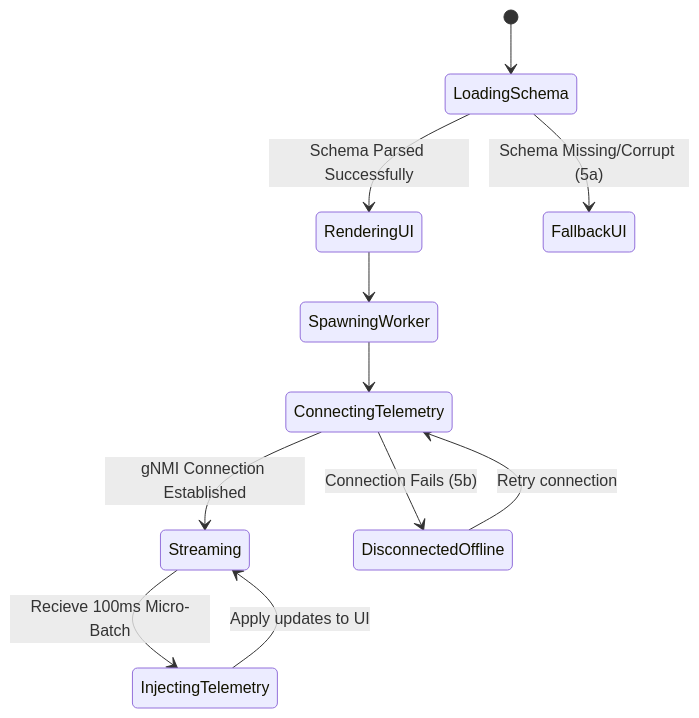
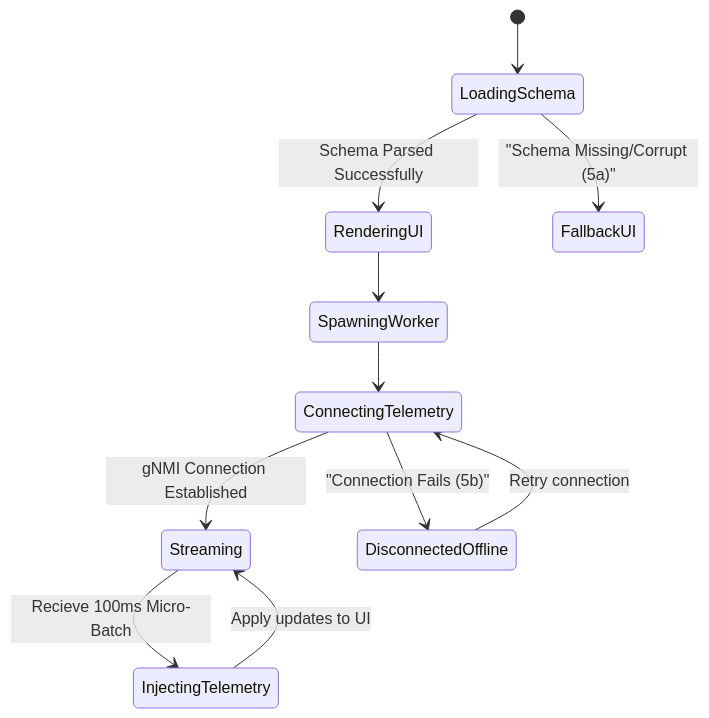
Before and after one commit to gintatkinson/digital-pipeline-repo: the second of 2 diagrams in .pipeline/domain_specs/uc-05-dynamic-telemetry-injection.md, drawn with Mermaid. The commit also changed 10 other files, not shown here.

````diff
--- a/.pipeline/domain_specs/uc-05-dynamic-telemetry-injection.md
+++ b/.pipeline/domain_specs/uc-05-dynamic-telemetry-injection.md
@@ -59,13 +59,13 @@
 ```mermaid
 stateDiagram-v2
     [*] --> LoadingSchema
     LoadingSchema --> RenderingUI : Schema Parsed Successfully
-    LoadingSchema --> FallbackUI : Schema Missing/Corrupt (5a)
+    LoadingSchema --> FallbackUI : "Schema Missing/Corrupt (5a)"
     RenderingUI --> SpawningWorker
     SpawningWorker --> ConnectingTelemetry
     ConnectingTelemetry --> Streaming : gNMI Connection Established
-    ConnectingTelemetry --> DisconnectedOffline : Connection Fails (5b)
+    ConnectingTelemetry --> DisconnectedOffline : "Connection Fails (5b)"
     Streaming --> InjectingTelemetry : Recieve 100ms Micro-Batch
     InjectingTelemetry --> Streaming : Apply updates to UI
     DisconnectedOffline --> ConnectingTelemetry : Retry connection
 ```
````
